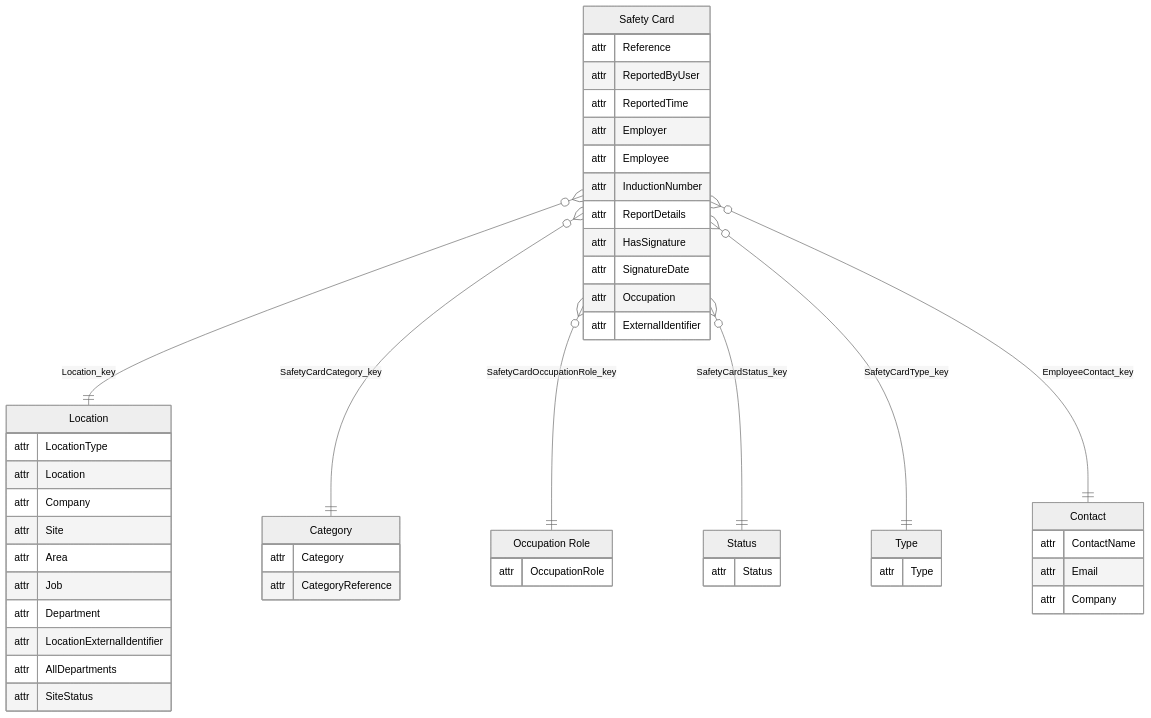
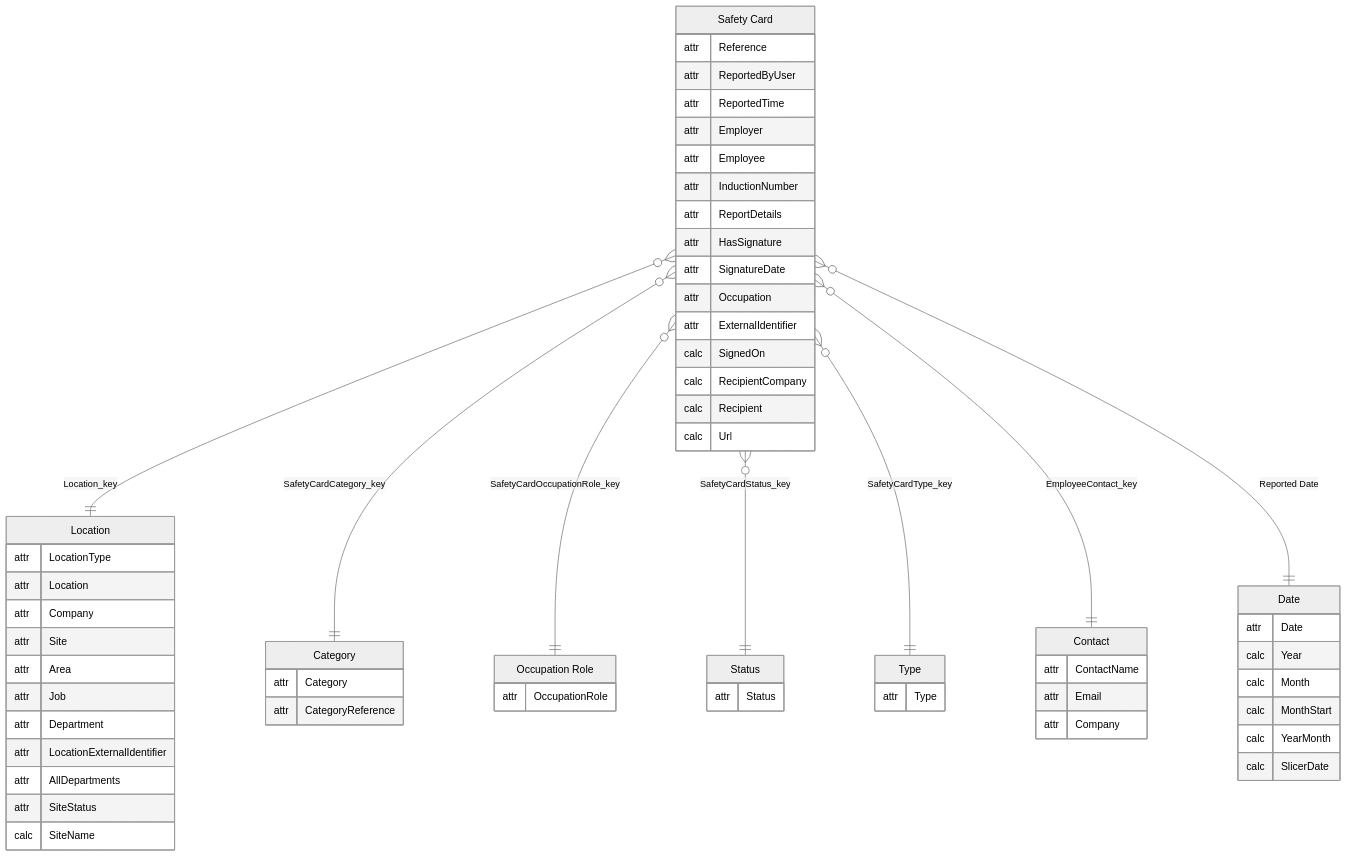
The first of 3 diagrams in PowerBISamplesModels/SafetyCards.md (work-wallet/BIClient), drawn with Mermaid before and after one commit. The commit also changed other lines of this file and 816 other files, not shown here.

````diff
--- a/PowerBISamplesModels/SafetyCards.md
+++ b/PowerBISamplesModels/SafetyCards.md
@@ -7,56 +7,70 @@
 ```mermaid
 ---
 config:
   theme: neutral
 ---
 erDiagram
     "Safety Card" {
         attr Reference
         attr ReportedByUser
         attr ReportedTime
         attr Employer
         attr Employee
         attr InductionNumber
         attr ReportDetails
         attr HasSignature
         attr SignatureDate
         attr Occupation
         attr ExternalIdentifier
+        calc SignedOn
+        calc RecipientCompany
+        calc Recipient
+        calc Url
     }
     "Location" {
         attr LocationType
         attr Location
         attr Company
         attr Site
         attr Area
         attr Job
         attr Department
         attr LocationExternalIdentifier
         attr AllDepartments
         attr SiteStatus
+        calc SiteName
     }
     "Status" {
         attr Status
     }
     "Type" {
         attr Type
     }
     "Category" {
         attr Category
         attr CategoryReference
     }
     "Occupation Role" {
         attr OccupationRole
     }
     "Contact" {
         attr ContactName
         attr Email
         attr Company
     }
+    "Date" {
+        attr Date
+        calc Year
+        calc Month
+        calc MonthStart
+        calc YearMonth
+        calc SlicerDate
+    }
     "Safety Card" }o--|| "Location" : "Location_key"
     "Safety Card" }o--|| "Category" : "SafetyCardCategory_key"
     "Safety Card" }o--|| "Occupation Role" : "SafetyCardOccupationRole_key"
     "Safety Card" }o--|| "Status" : "SafetyCardStatus_key"
     "Safety Card" }o--|| "Type" : "SafetyCardType_key"
     "Safety Card" }o--|| "Contact" : "EmployeeContact_key"
+    "Safety Card" }o--|| "Date" : "Reported Date"
 ```
````
